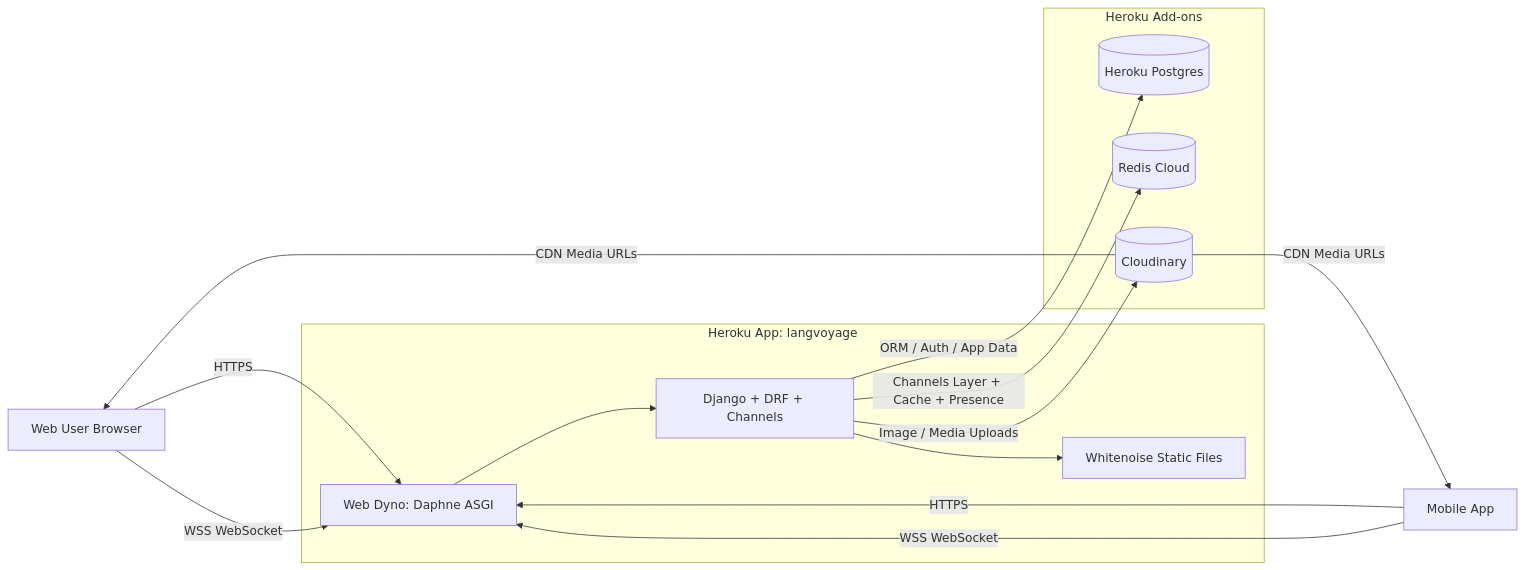
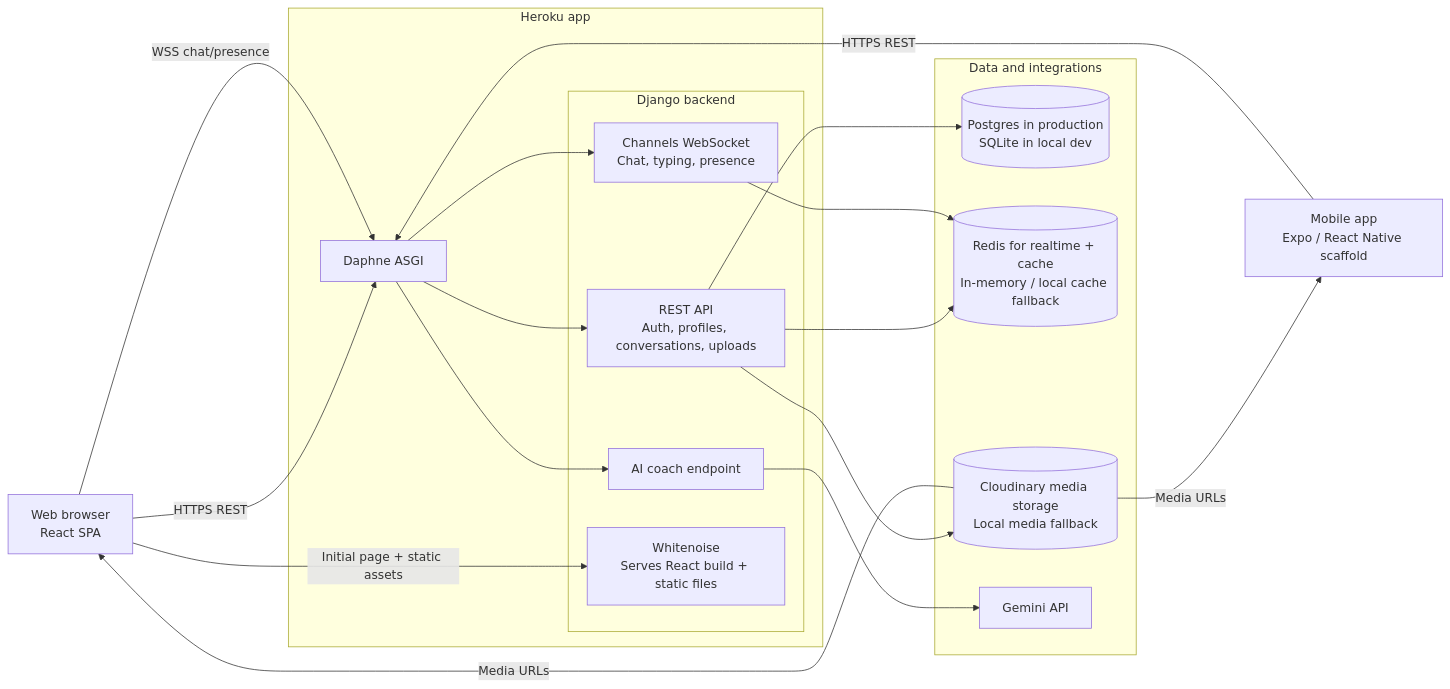
The diagram in docs/architecture.md (konstantinosvlachakis/ChatApp), drawn with Mermaid before and after one commit. The commit also changed other lines of this file and 2 other files, not shown here.

Commit message:
Refactor code structure for improved readability and maintainability

````diff
--- a/docs/architecture.md
+++ b/docs/architecture.md
@@ -3,32 +3,40 @@
 ```mermaid
 flowchart LR
-    U[Web User Browser]
-    M[Mobile App]
+    B[Web browser<br/>React SPA]
+    M[Mobile app<br/>Expo / React Native scaffold]
 
-    subgraph Heroku["Heroku App: langvoyage"]
-      W[Web Dyno: Daphne ASGI]
-      DJ[Django + DRF + Channels]
-      ST[Whitenoise Static Files]
+    subgraph Heroku["Heroku app"]
+      D[Daphne ASGI]
+
+      subgraph Backend["Django backend"]
+        API[REST API<br/>Auth, profiles, conversations, uploads]
+        WS[Channels WebSocket<br/>Chat, typing, presence]
+        COACH[AI coach endpoint]
+        STATIC[Whitenoise<br/>Serves React build + static files]
+      end
     end
 
-    subgraph Addons["Heroku Add-ons"]
-      PG[(Heroku Postgres)]
-      R[(Redis Cloud)]
-      C[(Cloudinary)]
+    subgraph Data["Data and integrations"]
+      PG[(Postgres in production<br/>SQLite in local dev)]
+      R[(Redis for realtime + cache<br/>In-memory / local cache fallback)]
+      C[(Cloudinary media storage<br/>Local media fallback)]
+      G[Gemini API]
     end
 
-    U -->|HTTPS| W
-    M -->|HTTPS| W
-    U -->|WSS WebSocket| W
-    M -->|WSS WebSocket| W
+    B -->|Initial page + static assets| STATIC
+    B -->|HTTPS REST| D
+    B -->|WSS chat/presence| D
+    M -->|HTTPS REST| D
 
-    W --> DJ
-    DJ --> ST
+    D --> API
+    D --> WS
+    D --> COACH
 
-    DJ -->|ORM / Auth / App Data| PG
-    DJ -->|Channels Layer + Cache + Presence| R
-    DJ -->|Image / Media Uploads| C
-
-    C -->|CDN Media URLs| U
-    C -->|CDN Media URLs| M
+    API --> PG
+    API --> C
+    API --> R
+    WS --> R
+    COACH --> G
+    C -->|Media URLs| B
+    C -->|Media URLs| M
 ```
````
